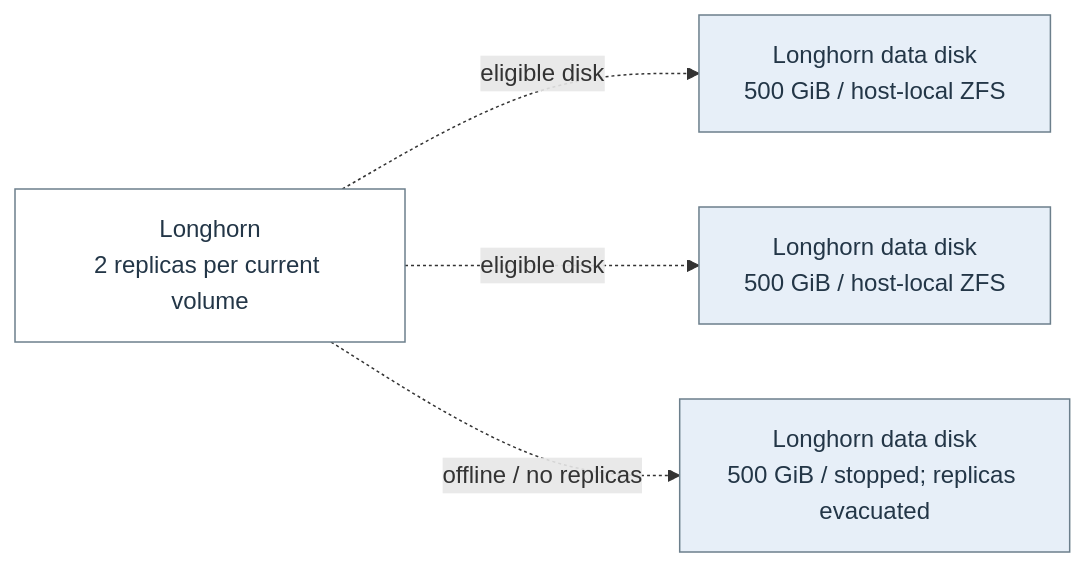
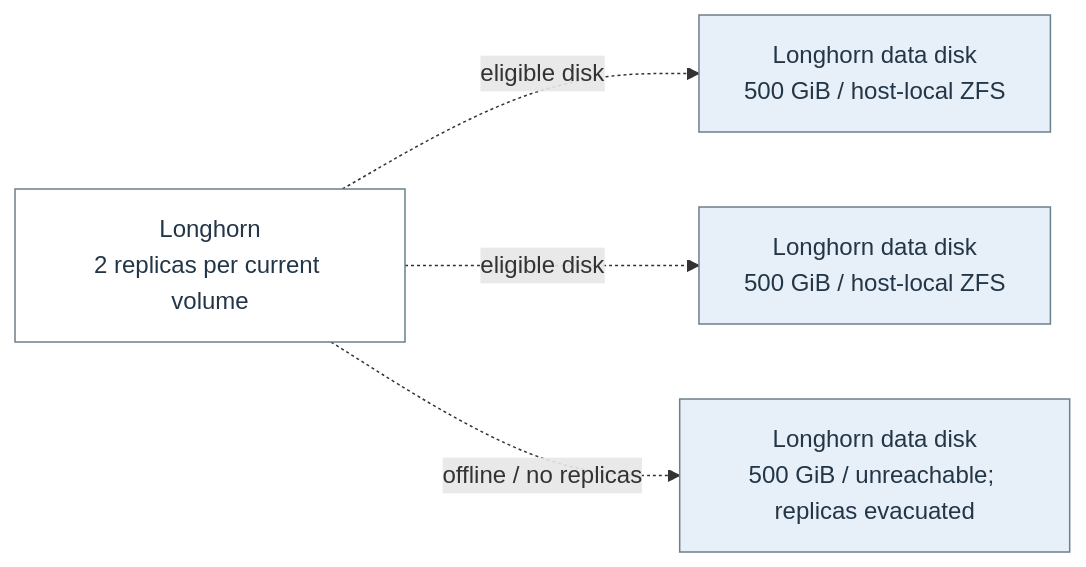
One commit to Harsh-2002/Homelab changed the diagram in docs/architecture/flow-19.mmd. Above: the diagram before and after it, drawn with Mermaid. The commit also changed 67 other files, not shown here.

```diff
--- a/docs/architecture/flow-19.mmd
+++ b/docs/architecture/flow-19.mmd
@@ -1,12 +1,12 @@
 flowchart LR
   n_flow_19_0["Longhorn<br/>2 replicas per current volume"]
   n_flow_19_1["Longhorn data disk<br/>500 GiB / host-local ZFS"]
   n_flow_19_2["Longhorn data disk<br/>500 GiB / host-local ZFS"]
-  n_flow_19_3["Longhorn data disk<br/>500 GiB / stopped; replicas evacuated"]
+  n_flow_19_3["Longhorn data disk<br/>500 GiB / unreachable; replicas evacuated"]
   n_flow_19_0 -.->|"eligible disk"| n_flow_19_1
   n_flow_19_0 -.->|"eligible disk"| n_flow_19_2
   n_flow_19_0 -.->|"offline / no replicas"| n_flow_19_3
   classDef c_flow_19_0 fill:#ffffff,stroke:#6c7f8c,color:#233647;
   class n_flow_19_0 c_flow_19_0;
   classDef c_flow_19_1 fill:#e7eff8,stroke:#6c7f8c,color:#233647;
   class n_flow_19_1,n_flow_19_2,n_flow_19_3 c_flow_19_1;
```
